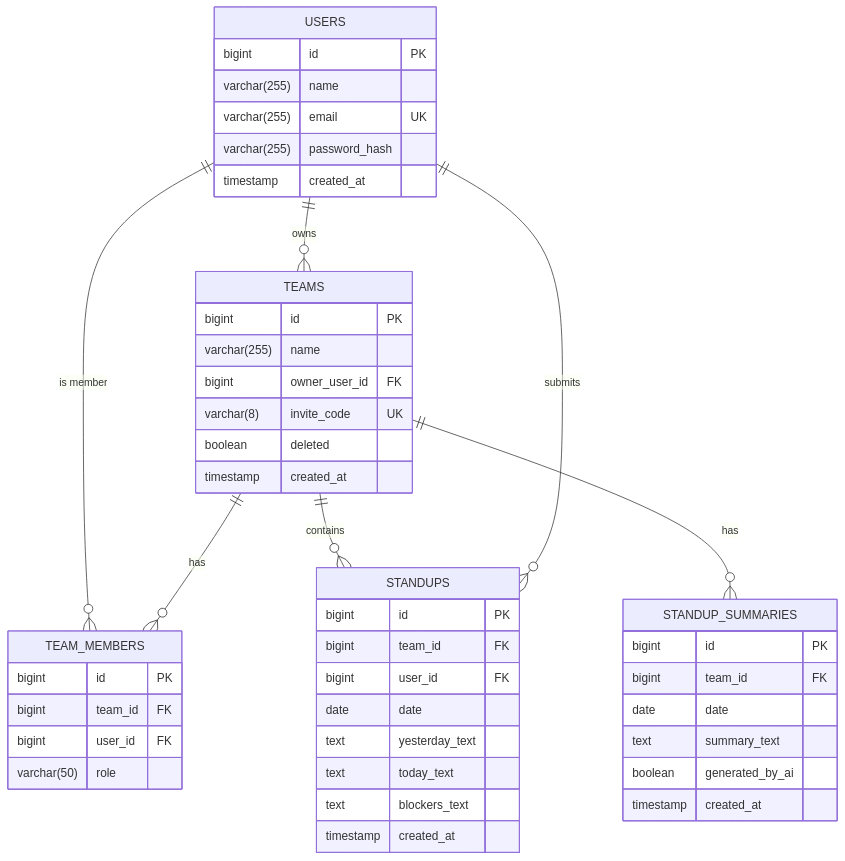
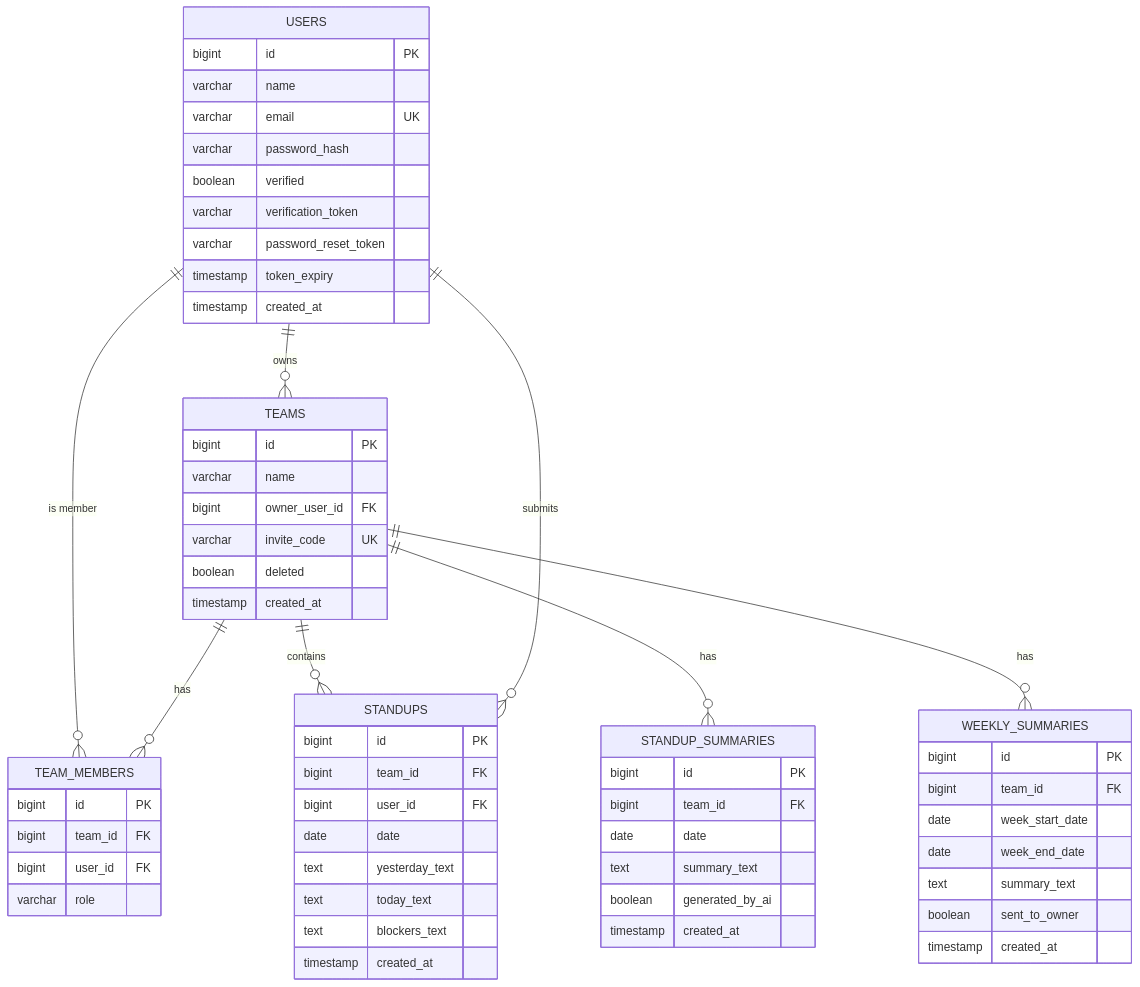
Before and after one commit to SiamFS/StandupStrip: the fifth of 5 diagrams in docs/PRD.md, drawn with Mermaid. The commit also changed other lines of this file and 18 other files, not shown here.

````diff
--- a/docs/PRD.md
+++ b/docs/PRD.md
@@ -754,53 +916,68 @@
 ```mermaid
 erDiagram
     USERS ||--o{ TEAMS : owns
     USERS ||--o{ TEAM_MEMBERS : "is member"
     TEAMS ||--o{ TEAM_MEMBERS : has
     TEAMS ||--o{ STANDUPS : contains
     USERS ||--o{ STANDUPS : submits
     TEAMS ||--o{ STANDUP_SUMMARIES : has
+    TEAMS ||--o{ WEEKLY_SUMMARIES : has
 
     USERS {
         bigint id PK
-        varchar(255) name
-        varchar(255) email UK
-        varchar(255) password_hash
+        varchar name
+        varchar email UK
+        varchar password_hash
+        boolean verified
+        varchar verification_token
+        varchar password_reset_token
+        timestamp token_expiry
         timestamp created_at
     }
 
     TEAMS {
         bigint id PK
-        varchar(255) name
+        varchar name
         bigint owner_user_id FK
-        varchar(8) invite_code UK
+        varchar invite_code UK
         boolean deleted
         timestamp created_at
     }
 
     TEAM_MEMBERS {
         bigint id PK
         bigint team_id FK
         bigint user_id FK
-        varchar(50) role
+        varchar role
     }
 
     STANDUPS {
         bigint id PK
         bigint team_id FK
         bigint user_id FK
         date date
         text yesterday_text
         text today_text
         text blockers_text
         timestamp created_at
     }
 
     STANDUP_SUMMARIES {
         bigint id PK
         bigint team_id FK
         date date
         text summary_text
         boolean generated_by_ai
         timestamp created_at
     }
+
+    WEEKLY_SUMMARIES {
+        bigint id PK
+        bigint team_id FK
+        date week_start_date
+        date week_end_date
+        text summary_text
+        boolean sent_to_owner
+        timestamp created_at
+    }
 ```
````
